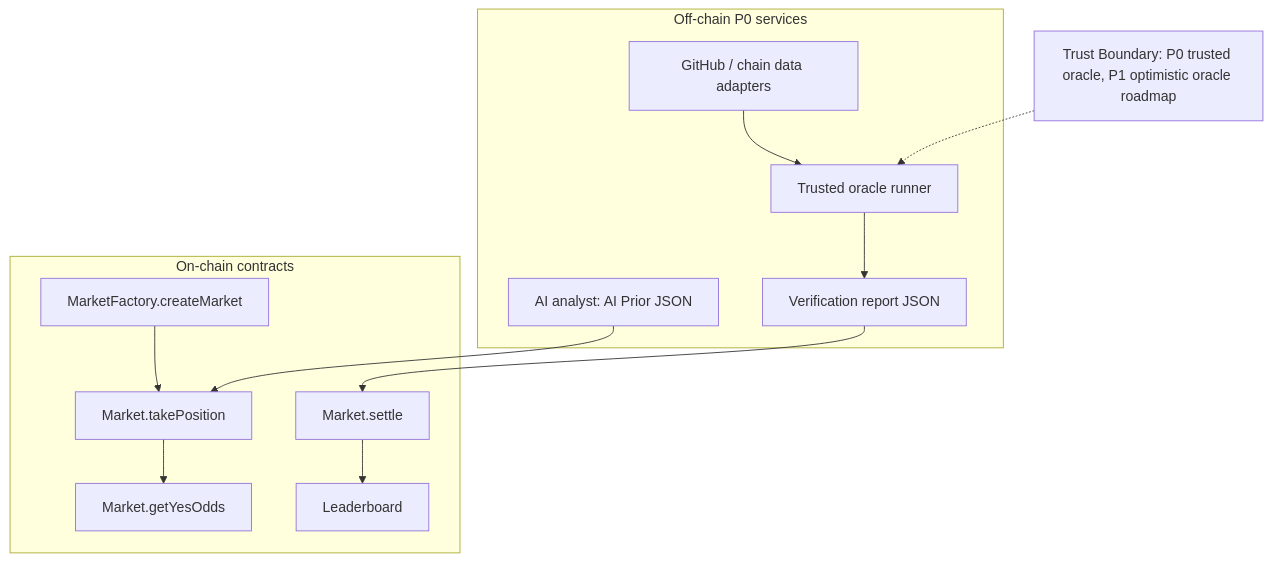
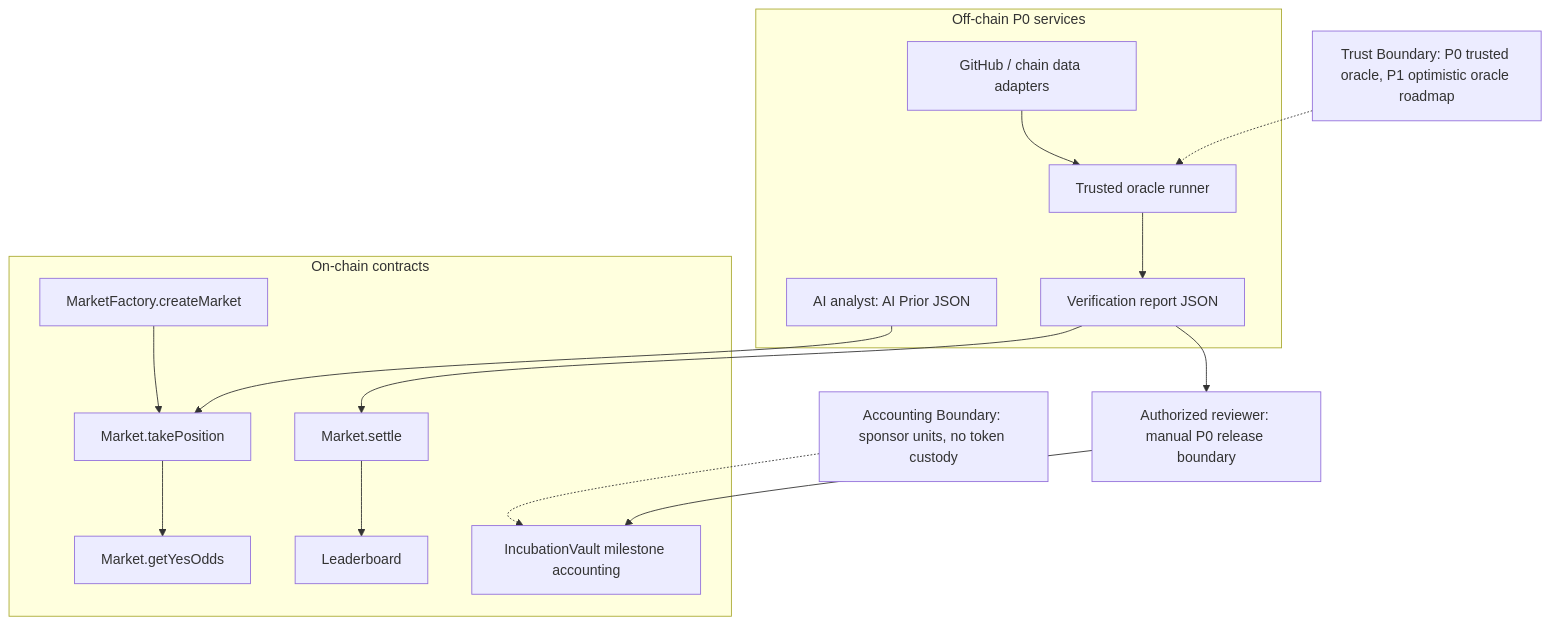
Before and after one commit to Lingke-H/htx-web3-hackathon: the second of 2 diagrams in docs/pitch/demo-diagrams.md, drawn with Mermaid. The commit also changed other lines of this file and 18 other files, not shown here.

````diff
--- a/docs/pitch/demo-diagrams.md
+++ b/docs/pitch/demo-diagrams.md
@@ -22,27 +25,31 @@
 ```mermaid
 flowchart TB
     subgraph Offchain["Off-chain P0 services"]
         A["AI analyst: AI Prior JSON"]
         B["GitHub / chain data adapters"]
         C["Trusted oracle runner"]
         D["Verification report JSON"]
     end
 
     subgraph Onchain["On-chain contracts"]
         E["MarketFactory.createMarket"]
         F["Market.takePosition"]
         G["Market.getYesOdds"]
         H["Market.settle"]
         I["Leaderboard"]
+        J["IncubationVault milestone accounting"]
     end
 
     A --> F
     B --> C
     C --> D
     D --> H
     E --> F
     F --> G
     H --> I
+    D --> R["Authorized reviewer: manual P0 release boundary"]
+    R --> J
 
     T["Trust Boundary: P0 trusted oracle, P1 optimistic oracle roadmap"] -.-> C
+    U["Accounting Boundary: sponsor units, no token custody"] -.-> J
 ```
````
